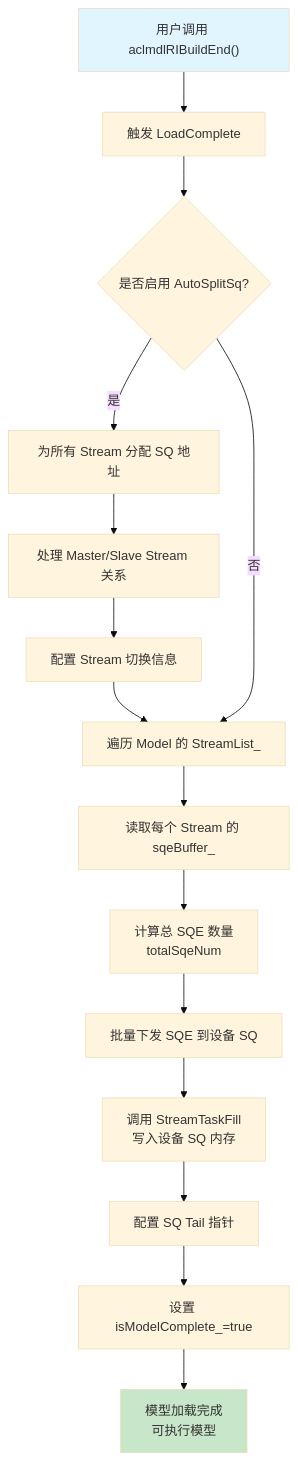
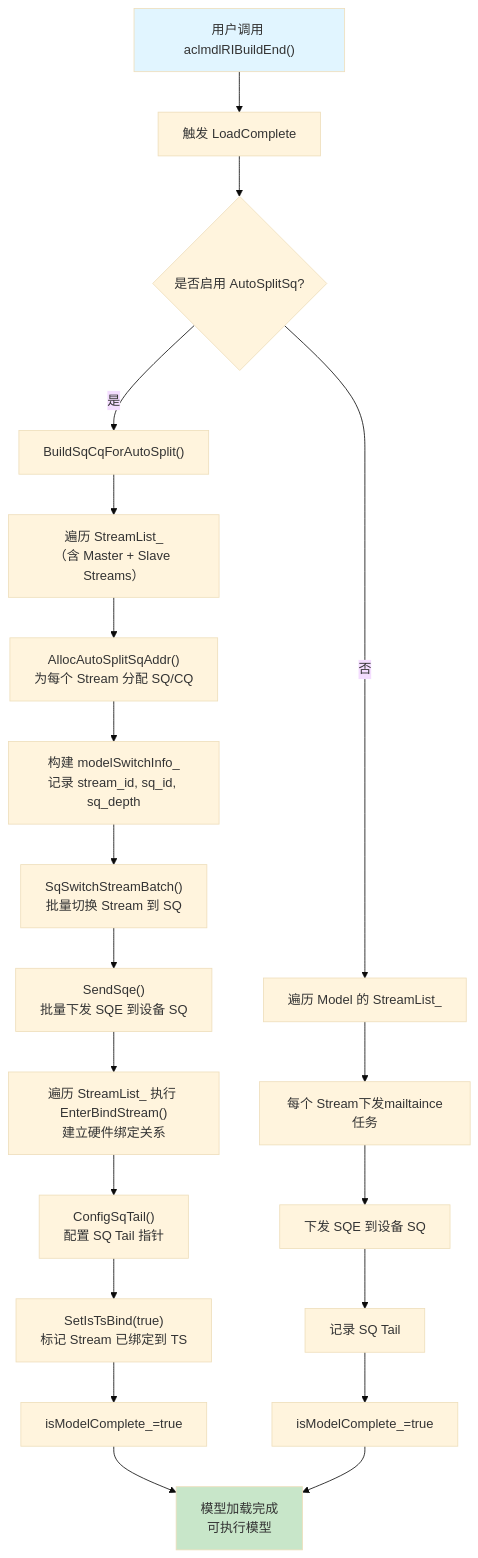
One commit to 18liumin/runtime changed diagram 13 of 21 in docs/design/modules/model/model.md. Above: the diagram before and after it, drawn with Mermaid (base theme). The commit also changed other lines of this file, not shown here.

````diff
--- a/docs/design/modules/model/model.md
+++ b/docs/design/modules/model/model.md
@@ -407,25 +727,30 @@
 ```mermaid
 flowchart TD
     A["用户调用 aclmdlRIBuildEnd()"] --> B["触发 LoadComplete"]
     
     B --> C{"是否启用 AutoSplitSq?"}
-    C -->|是| D["为所有 Stream 分配 SQ 地址"]
-    D --> E["处理 Master/Slave Stream 关系"]
-    E --> F["配置 Stream 切换信息"]
-    F --> G
-    C -->|否| G["遍历 Model 的 StreamList_"]
     
-    G --> H["读取每个 Stream 的 sqeBuffer_"]
-    H --> I["计算总 SQE 数量<br/>totalSqeNum"]
+    %% AutoSplit 路径（详细流程）
+    C -->|是| D1["BuildSqCqForAutoSplit()"]
+    D1 --> E1["遍历 StreamList_<br/>（含 Master + Slave Streams）"]
+    E1 --> F1["AllocAutoSplitSqAddr()<br/>为每个 Stream 分配 SQ/CQ"]
+    F1 --> G1["构建 modelSwitchInfo_<br/>记录 stream_id, sq_id, sq_depth"]
+    G1 --> H1["SqSwitchStreamBatch()<br/>批量切换 Stream 到 SQ"]
+    H1 --> I1["SendSqe()<br/>批量下发 SQE 到设备 SQ"]
+    I1 --> J1["遍历 StreamList_ 执行 EnterBindStream()<br/>建立硬件绑定关系"]
+    J1 --> K1["ConfigSqTail()<br/>配置 SQ Tail 指针"]
+    K1 --> L1["SetIsTsBind(true)<br/>标记 Stream 已绑定到 TS"]
+    L1 --> M1["isModelComplete_=true"]
+    M1 --> P["模型加载完成<br/>可执行模型"]
     
-    I --> J["批量下发 SQE 到设备 SQ"]
-    J --> K["调用 StreamTaskFill<br/>写入设备 SQ 内存"]
-    
-    K --> M["配置 SQ Tail 指针"]
-    M --> O["设置 isModelComplete_=true"]
-    
-    O --> P["模型加载完成<br/>可执行模型"]
+    %% 非 AutoSplit 路径
+    C -->|否| D2["遍历 Model 的 StreamList_"]
+    D2 --> E2["每个 Stream下发mailtaince任务"]
+    E2 --> G2["下发 SQE 到设备 SQ"]
+    G2 --> I2["记录 SQ Tail"]
+    I2 --> M2["isModelComplete_=true"]
+    M2 --> P
     
     style A fill:#e1f5ff
     style P fill:#c8e6c9
 ```
````
